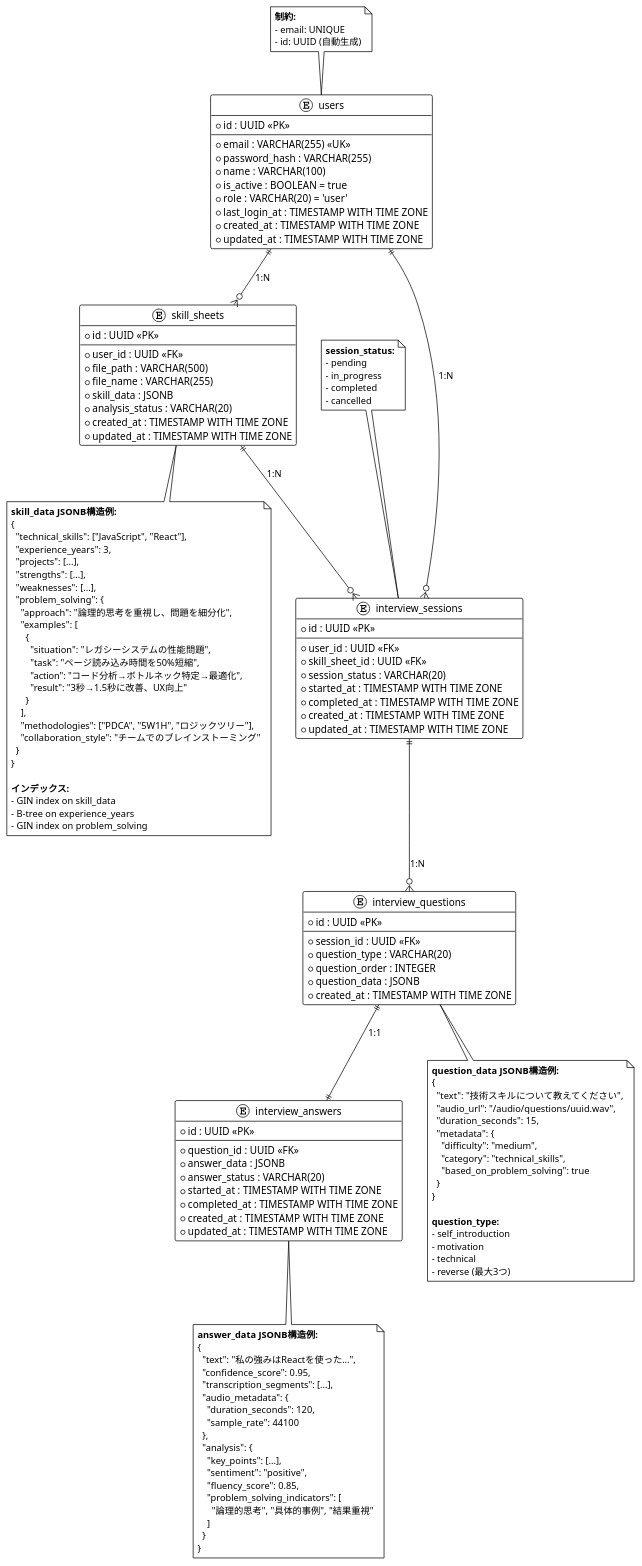
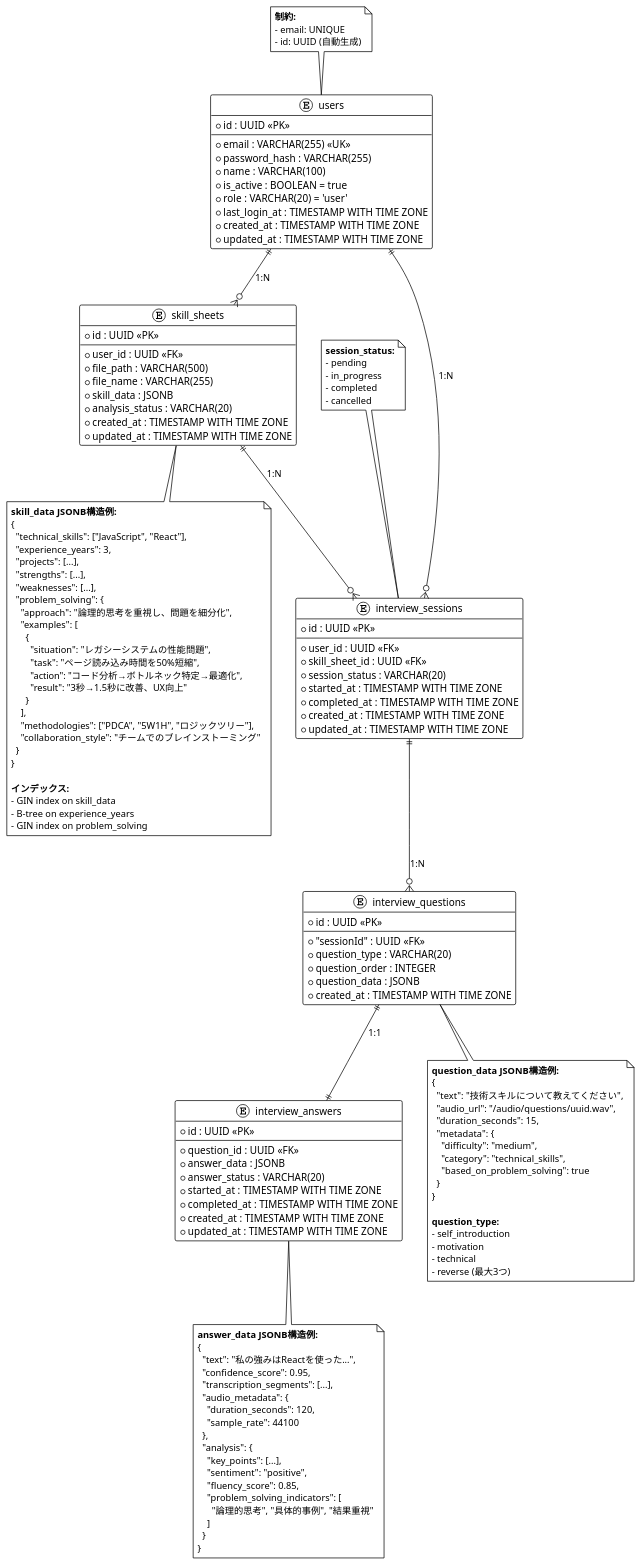
The diagram in er_diagram.puml (slcwr/speech-to-text), drawn with PlantUML before and after one commit. The commit also changed 58 other files, not shown here.

```diff
--- a/er_diagram.puml
+++ b/er_diagram.puml
@@ -1,155 +1,155 @@
 @startuml
 !theme plain
 
 entity "users" as users {
   * id : UUID <<PK>>
   --
   * email : VARCHAR(255) <<UK>>
   * password_hash : VARCHAR(255)
   * name : VARCHAR(100)
   * is_active : BOOLEAN = true
   * role : VARCHAR(20) = 'user'
   * last_login_at : TIMESTAMP WITH TIME ZONE
   * created_at : TIMESTAMP WITH TIME ZONE
   * updated_at : TIMESTAMP WITH TIME ZONE
 }
 
 entity "skill_sheets" as skill_sheets {
   * id : UUID <<PK>>
   --
   * user_id : UUID <<FK>>
   * file_path : VARCHAR(500)
   * file_name : VARCHAR(255)
   * skill_data : JSONB
   * analysis_status : VARCHAR(20)
   * created_at : TIMESTAMP WITH TIME ZONE
   * updated_at : TIMESTAMP WITH TIME ZONE
 }
 
 entity "interview_sessions" as interview_sessions {
   * id : UUID <<PK>>
   --
   * user_id : UUID <<FK>>
   * skill_sheet_id : UUID <<FK>>
   * session_status : VARCHAR(20)
   * started_at : TIMESTAMP WITH TIME ZONE
   * completed_at : TIMESTAMP WITH TIME ZONE
   * created_at : TIMESTAMP WITH TIME ZONE
   * updated_at : TIMESTAMP WITH TIME ZONE
 }
 
 entity "interview_questions" as interview_questions {
   * id : UUID <<PK>>
   --
-  * session_id : UUID <<FK>>
+  * "sessionId" : UUID <<FK>>
   * question_type : VARCHAR(20)
   * question_order : INTEGER
   * question_data : JSONB
   * created_at : TIMESTAMP WITH TIME ZONE
 }
 
 entity "interview_answers" as interview_answers {
   * id : UUID <<PK>>
   --
   * question_id : UUID <<FK>>
   * answer_data : JSONB
   * answer_status : VARCHAR(20)
   * started_at : TIMESTAMP WITH TIME ZONE
   * completed_at : TIMESTAMP WITH TIME ZONE
   * created_at : TIMESTAMP WITH TIME ZONE
   * updated_at : TIMESTAMP WITH TIME ZONE
 }
 
 ' リレーションシップ
 users ||--o{ skill_sheets : "1:N"
 users ||--o{ interview_sessions : "1:N"
 skill_sheets ||--o{ interview_sessions : "1:N"
 interview_sessions ||--o{ interview_questions : "1:N"
 interview_questions ||--|| interview_answers : "1:1"
 
 ' 制約とインデックス情報
 note bottom of skill_sheets
   **skill_data JSONB構造例:**
   {
     "technical_skills": ["JavaScript", "React"],
     "experience_years": 3,
     "projects": [...],
     "strengths": [...],
     "weaknesses": [...],
     "problem_solving": {
       "approach": "論理的思考を重視し、問題を細分化",
       "examples": [
         {
           "situation": "レガシーシステムの性能問題",
           "task": "ページ読み込み時間を50%短縮",
           "action": "コード分析→ボトルネック特定→最適化",
           "result": "3秒→1.5秒に改善、UX向上"
         }
       ],
       "methodologies": ["PDCA", "5W1H", "ロジックツリー"],
       "collaboration_style": "チームでのブレインストーミング"
     }
   }
   
   **インデックス:**
   - GIN index on skill_data
   - B-tree on experience_years
   - GIN index on problem_solving
 end note
 
 note bottom of interview_questions
   **question_data JSONB構造例:**
   {
     "text": "技術スキルについて教えてください",
     "audio_url": "/audio/questions/uuid.wav",
     "duration_seconds": 15,
     "metadata": {
       "difficulty": "medium",
       "category": "technical_skills",
       "based_on_problem_solving": true
     }
   }
   
   **question_type:**
   - self_introduction
   - motivation
   - technical
   - reverse (最大3つ)
 end note
 
 note bottom of interview_answers
   **answer_data JSONB構造例:**
   {
     "text": "私の強みはReactを使った...",
     "confidence_score": 0.95,
     "transcription_segments": [...],
     "audio_metadata": {
       "duration_seconds": 120,
       "sample_rate": 44100
     },
     "analysis": {
       "key_points": [...],
       "sentiment": "positive",
       "fluency_score": 0.85,
       "problem_solving_indicators": [
         "論理的思考", "具体的事例", "結果重視"
       ]
     }
   }
 end note
 
 note top of users
   **制約:**
   - email: UNIQUE
   - id: UUID (自動生成)
 end note
 
 note top of interview_sessions
   **session_status:**
   - pending
   - in_progress
   - completed
   - cancelled
 end note
 
 @enduml
```
